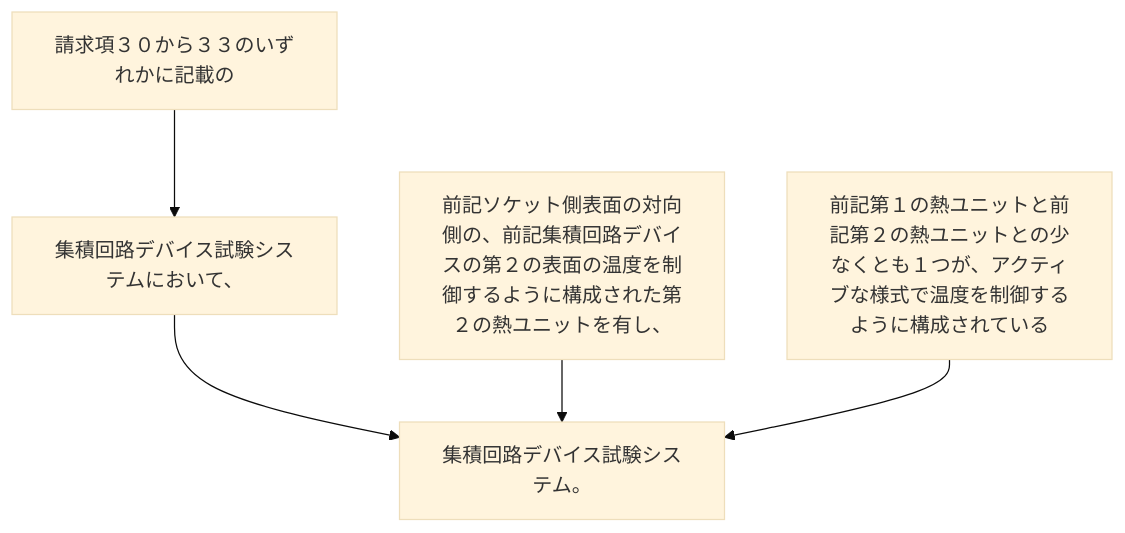
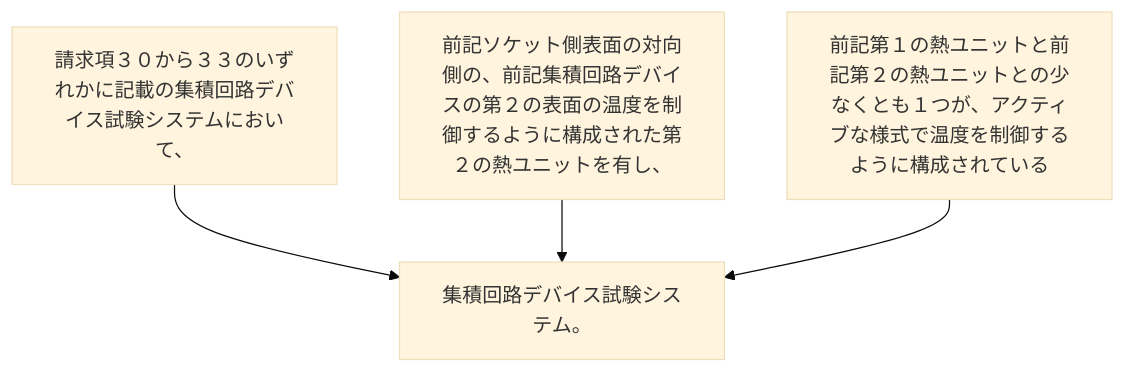
Before and after one commit to shinmori55/patent_analyzed: the diagram in 2024/JP2024023283A/claim_35/README.md, drawn with Mermaid (base theme). The commit also changed 336 other files, not shown here.

````diff
--- a/2024/JP2024023283A/claim_35/README.md
+++ b/2024/JP2024023283A/claim_35/README.md
@@ -3,12 +3,10 @@
 ```mermaid
 flowchart TD
-A[請求項３０から３３のいずれかに記載の]
-B[集積回路デバイス試験システムにおいて、]
-C[前記ソケット側表面の対向側の、前記集積回路デバイスの第２の表面の温度を制御するように構成された第２の熱ユニットを有し、]
-D[前記第１の熱ユニットと前記第２の熱ユニットとの少なくとも１つが、アクティブな様式で温度を制御するように構成されている]
-E[集積回路デバイス試験システム。]
-A --> B
-B --> E
-C --> E
-D --> E
+A[請求項３０から３３のいずれかに記載の集積回路デバイス試験システムにおいて、]
+B[前記ソケット側表面の対向側の、前記集積回路デバイスの第２の表面の温度を制御するように構成された第２の熱ユニットを有し、]
+C[前記第１の熱ユニットと前記第２の熱ユニットとの少なくとも１つが、アクティブな様式で温度を制御するように構成されている]
+D[集積回路デバイス試験システム。]
+A --> D
+B --> D
+C --> D
 ```
````
